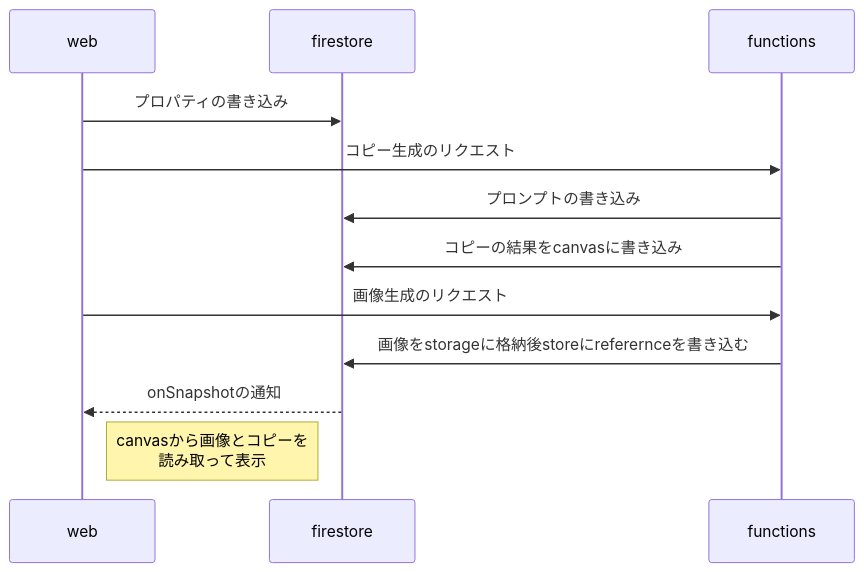
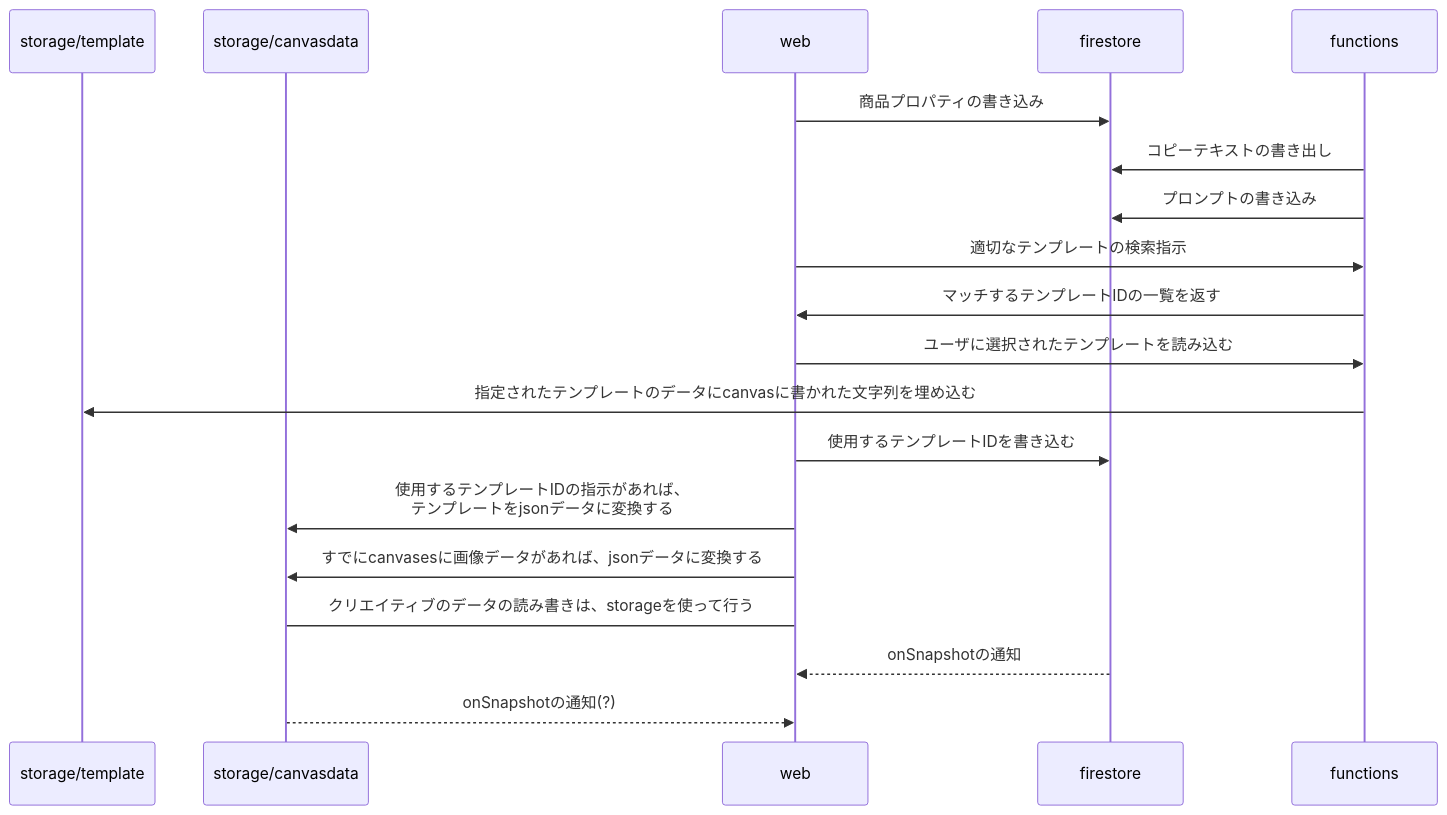
Before and after one commit to tipo122/synapse-genius: the diagram in README.md, drawn with Mermaid. The commit also changed other lines of this file and 4 other files, not shown here.

````diff
--- a/README.md
+++ b/README.md
@@ -284,14 +248,23 @@
 ```mermaid
 sequenceDiagram
+   participant storage/template
+   participant storage/canvasdata
    participant web
    participant firestore
+   participant firestore
    participant functions
-   web->>firestore: プロパティの書き込み
-   web->>functions: コピー生成のリクエスト
+   web->>firestore: 商品プロパティの書き込み
+   functions->>firestore: コピーテキストの書き出し
    functions->>firestore: プロンプトの書き込み
-   functions->>firestore: コピーの結果をcanvasに書き込み
-   web->>functions: 画像生成のリクエスト
-   functions->>firestore: 画像をstorageに格納後storeにreferernceを書き込む
+   web->>functions: 適切なテンプレートの検索指示
+   functions->>web: マッチするテンプレートIDの一覧を返す
+   web->>functions: ユーザに選択されたテンプレートを読み込む
+   functions->>storage/template: 指定されたテンプレートのデータにcanvasに書かれた文字列を埋め込む
+   web->>firestore: 使用するテンプレートIDを書き込む
+   web->>storage/canvasdata: 使用するテンプレートIDの指示があれば、<br>テンプレートをjsonデータに変換する
+   web->>storage/canvasdata:すでにcanvasesに画像データがあれば、jsonデータに変換する
+   web->storage/canvasdata: クリエイティブのデータの読み書きは、storageを使って行う
    firestore-->>web: onSnapshotの通知
-    Note right of web: canvasから画像とコピーを<br>読み取って表示
+   storage/canvasdata-->>web: onSnapshotの通知(?)
+
 ```
````
